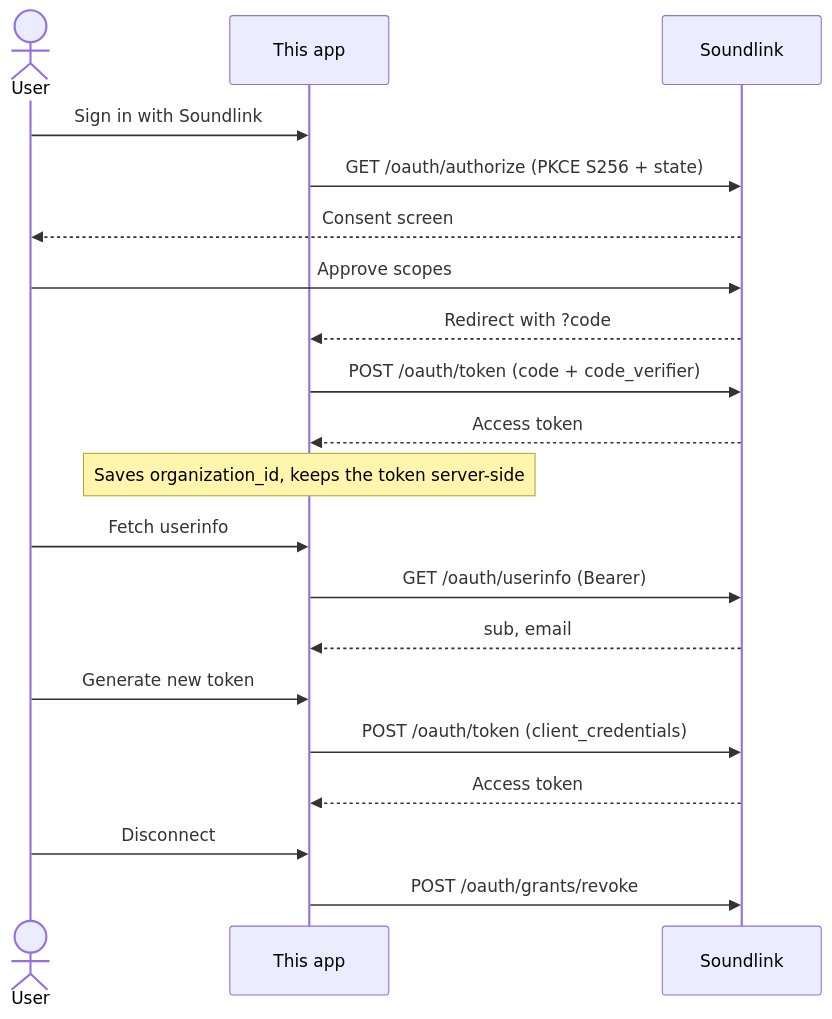
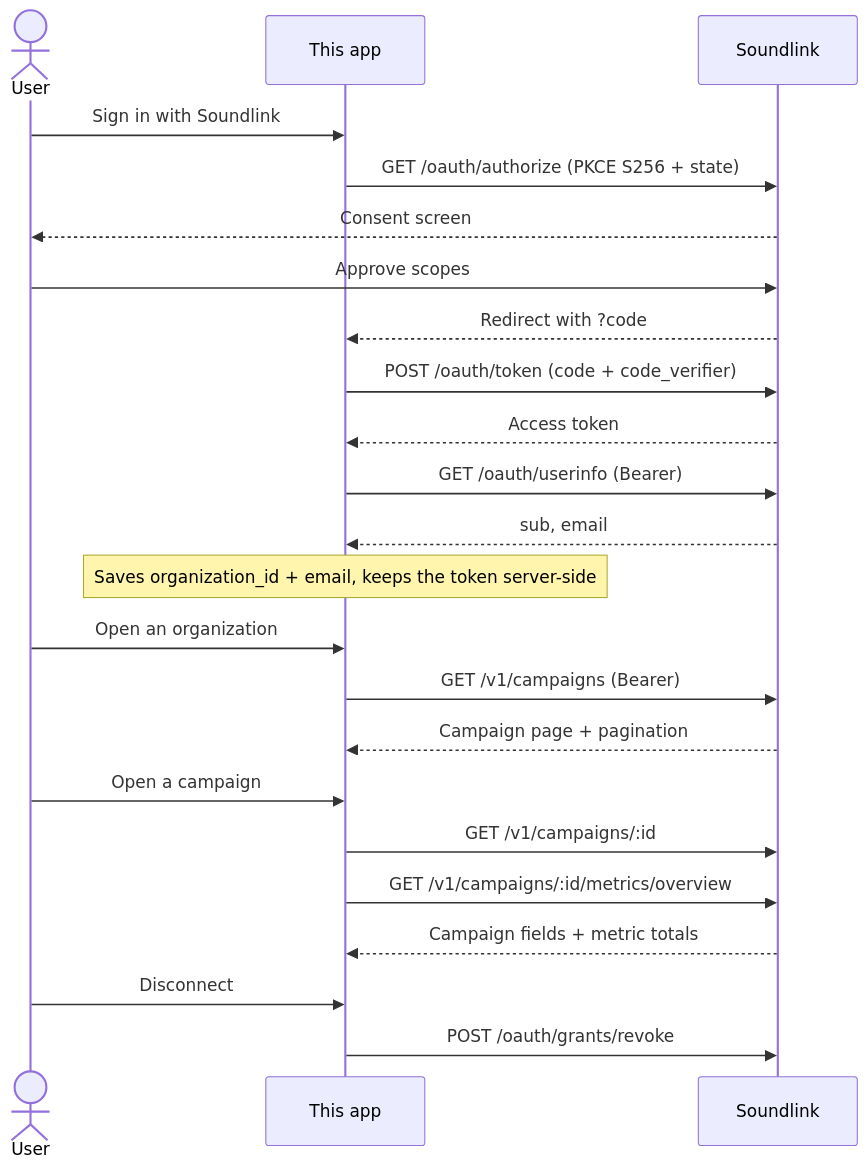
Before and after one commit to Fan-ID/soundlink-oauth-example: the diagram in README.md, drawn with Mermaid. The commit also changed other lines of this file, not shown here.

First line of the commit message:
Document the campaign flow in the README

````diff
--- a/README.md
+++ b/README.md
@@ -7,26 +7,29 @@
 ```mermaid
 sequenceDiagram
     actor User
     participant App as This app
     participant Soundlink
 
     User->>App: Sign in with Soundlink
     App->>Soundlink: GET /oauth/authorize (PKCE S256 + state)
     Soundlink-->>User: Consent screen
     User->>Soundlink: Approve scopes
     Soundlink-->>App: Redirect with ?code
     App->>Soundlink: POST /oauth/token (code + code_verifier)
     Soundlink-->>App: Access token
-    Note over App: Saves organization_id, keeps the token server-side
-
-    User->>App: Fetch userinfo
     App->>Soundlink: GET /oauth/userinfo (Bearer)
     Soundlink-->>App: sub, email
+    Note over App: Saves organization_id + email, keeps the token server-side
 
-    User->>App: Generate new token
-    App->>Soundlink: POST /oauth/token (client_credentials)
-    Soundlink-->>App: Access token
+    User->>App: Open an organization
+    App->>Soundlink: GET /v1/campaigns (Bearer)
+    Soundlink-->>App: Campaign page + pagination
+
+    User->>App: Open a campaign
+    App->>Soundlink: GET /v1/campaigns/:id
+    App->>Soundlink: GET /v1/campaigns/:id/metrics/overview
+    Soundlink-->>App: Campaign fields + metric totals
 
     User->>App: Disconnect
     App->>Soundlink: POST /oauth/grants/revoke
 ```
````
